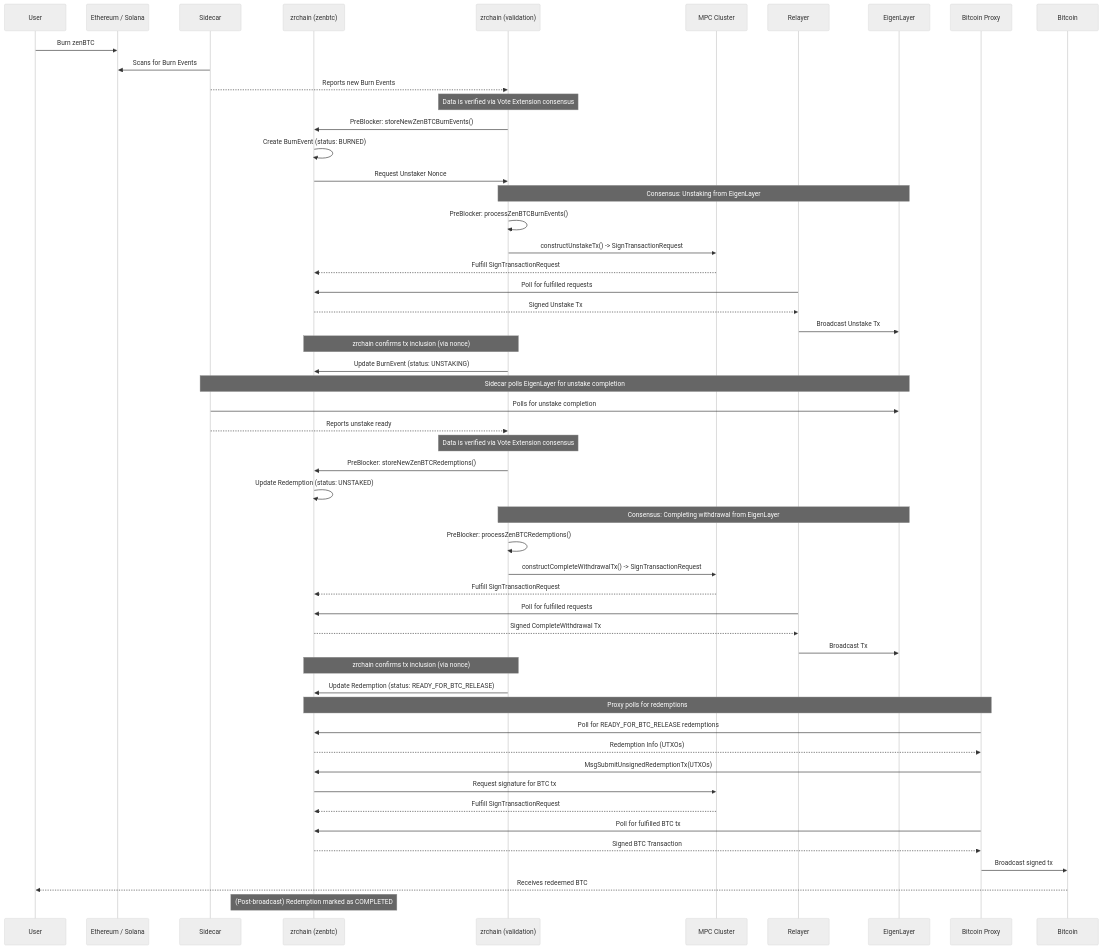
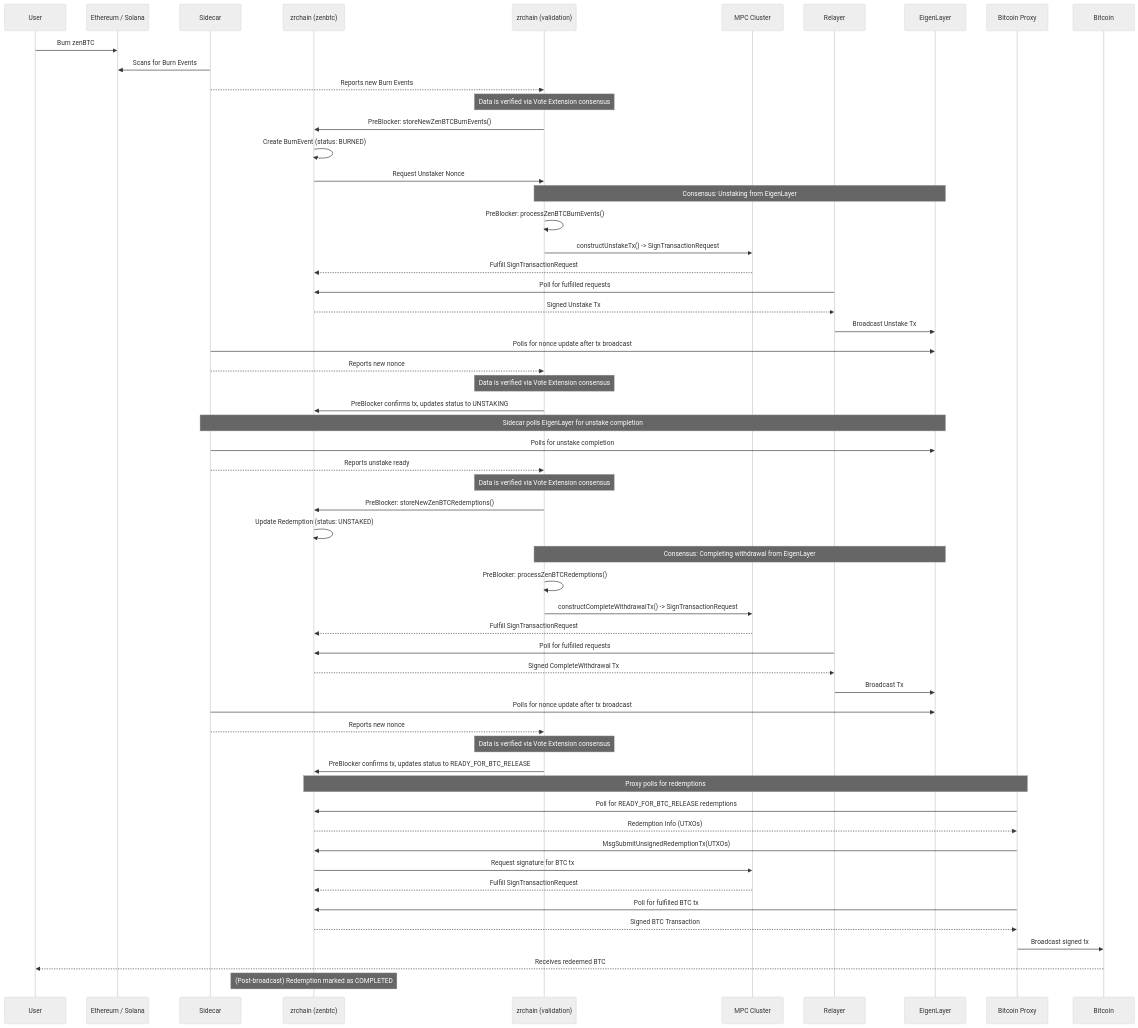
Before and after one commit to zenrocklabs/zrchain: the second of 3 diagrams in docs/README.md, drawn with Mermaid (neutral theme). The commit also changed other lines of this file, not shown here.

````diff
--- a/docs/README.md
+++ b/docs/README.md
@@ -91,64 +93,68 @@
 ```mermaid
 sequenceDiagram
     participant User
     participant DestinationChain as Ethereum / Solana
     participant Sidecar
     participant zrchain as zrchain (zenbtc)
     participant zrchain_val as zrchain (validation)
     participant MPC Cluster
     participant Relayer
     participant EigenLayer
     participant Bitcoin Proxy
     participant Bitcoin
 
     User->>DestinationChain: Burn zenBTC
     Sidecar->>DestinationChain: Scans for Burn Events
     Sidecar-->>zrchain_val: Reports new Burn Events
     Note over zrchain_val: Data is verified via Vote Extension consensus
 
     zrchain_val->>zrchain: PreBlocker: storeNewZenBTCBurnEvents()
     zrchain->>zrchain: Create BurnEvent (status: BURNED)
     zrchain->>zrchain_val: Request Unstaker Nonce
 
     Note over zrchain_val,EigenLayer: Consensus: Unstaking from EigenLayer
     zrchain_val->>zrchain_val: PreBlocker: processZenBTCBurnEvents()
     zrchain_val->>MPC Cluster: constructUnstakeTx() -> SignTransactionRequest
     MPC Cluster-->>zrchain: Fulfill SignTransactionRequest
     Relayer->>zrchain: Poll for fulfilled requests
     zrchain-->>Relayer: Signed Unstake Tx
     Relayer->>EigenLayer: Broadcast Unstake Tx
     
-    Note over zrchain_val, zrchain: zrchain confirms tx inclusion (via nonce)
-    zrchain_val->>zrchain: Update BurnEvent (status: UNSTAKING)
+    Sidecar->>EigenLayer: Polls for nonce update after tx broadcast
+    Sidecar-->>zrchain_val: Reports new nonce
+    Note over zrchain_val: Data is verified via Vote Extension consensus
+    zrchain_val->>zrchain: PreBlocker confirms tx, updates status to UNSTAKING
 
     Note over Sidecar,EigenLayer: Sidecar polls EigenLayer for unstake completion
     Sidecar->>EigenLayer: Polls for unstake completion
     Sidecar-->>zrchain_val: Reports unstake ready
     Note over zrchain_val: Data is verified via Vote Extension consensus
     zrchain_val->>zrchain: PreBlocker: storeNewZenBTCRedemptions()
     zrchain->>zrchain: Update Redemption (status: UNSTAKED)
 
     Note over zrchain_val,EigenLayer: Consensus: Completing withdrawal from EigenLayer
     zrchain_val->>zrchain_val: PreBlocker: processZenBTCRedemptions()
     zrchain_val->>MPC Cluster: constructCompleteWithdrawalTx() -> SignTransactionRequest
     MPC Cluster-->>zrchain: Fulfill SignTransactionRequest
     Relayer->>zrchain: Poll for fulfilled requests
     zrchain-->>Relayer: Signed CompleteWithdrawal Tx
     Relayer->>EigenLayer: Broadcast Tx
     
-    Note over zrchain_val, zrchain: zrchain confirms tx inclusion (via nonce)
-    zrchain_val->>zrchain: Update Redemption (status: READY_FOR_BTC_RELEASE)
+    Sidecar->>EigenLayer: Polls for nonce update after tx broadcast
+    Sidecar-->>zrchain_val: Reports new nonce
+    Note over zrchain_val: Data is verified via Vote Extension consensus
+    zrchain_val->>zrchain: PreBlocker confirms tx, updates status to READY_FOR_BTC_RELEASE
 
     Note over Bitcoin Proxy, zrchain: Proxy polls for redemptions
     Bitcoin Proxy->>zrchain: Poll for READY_FOR_BTC_RELEASE redemptions
     zrchain-->>Bitcoin Proxy: Redemption Info (UTXOs)
     Bitcoin Proxy->>zrchain: MsgSubmitUnsignedRedemptionTx(UTXOs)
     zrchain->>MPC Cluster: Request signature for BTC tx
     MPC Cluster-->>zrchain: Fulfill SignTransactionRequest
     Bitcoin Proxy->>zrchain: Poll for fulfilled BTC tx
     zrchain-->>Bitcoin Proxy: Signed BTC Transaction
     Bitcoin Proxy->>Bitcoin: Broadcast signed tx
     Bitcoin-->>User: Receives redeemed BTC
     
     Note over zrchain: (Post-broadcast) Redemption marked as COMPLETED
 ```
````
